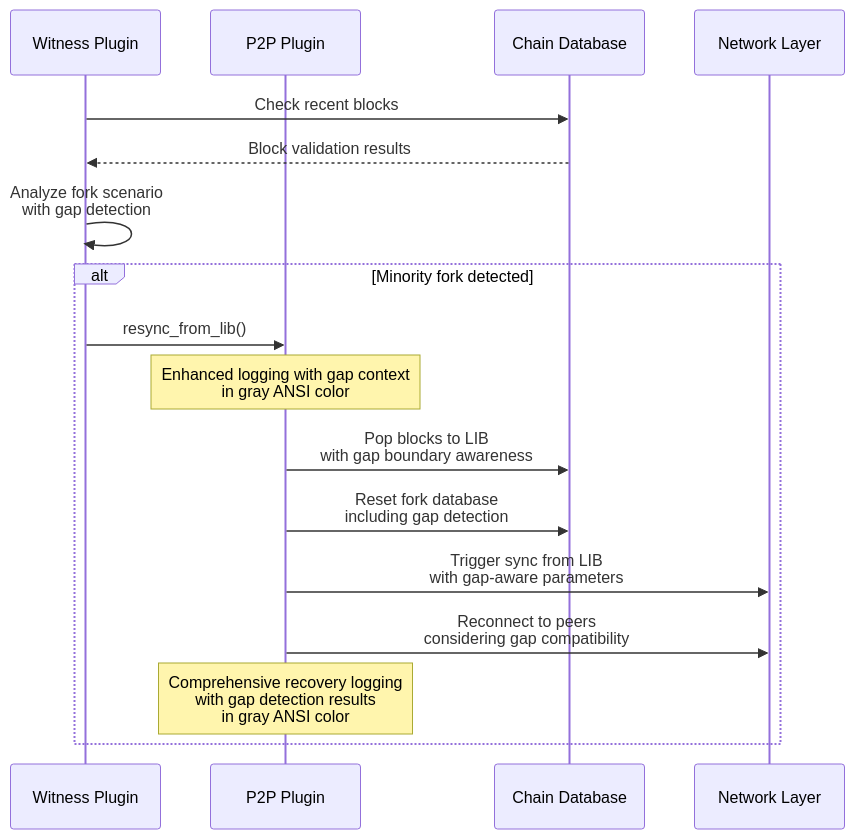
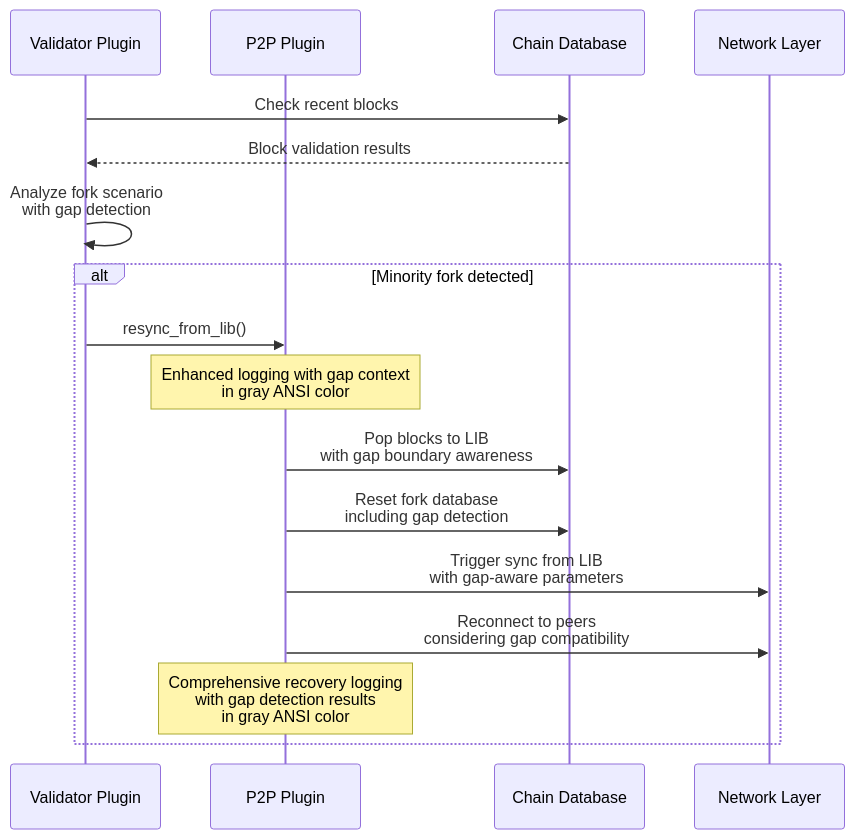
One commit to VIZ-Blockchain/viz-cpp-node changed diagram 46 of 50 in .qoder/repowiki/en/content/P2p Plugin.md. Above: the diagram before and after it, drawn with Mermaid. The commit also changed other lines of this file and 88 other files, not shown here.

First line of the commit message:
docs(validator): rename witness to validator throughout documentation

````diff
--- a/.qoder/repowiki/en/content/P2p Plugin.md
+++ b/.qoder/repowiki/en/content/P2p Plugin.md
@@ -1609,19 +1609,19 @@
 ```mermaid
 sequenceDiagram
-participant Witness as Witness Plugin
+participant validator as Validator Plugin
 participant P2P as P2P Plugin
 participant Chain as Chain Database
 participant Network as Network Layer
-Witness->>Chain : Check recent blocks
-Chain-->>Witness : Block validation results
-Witness->>Witness : Analyze fork scenario<br/>with gap detection
+validator->>Chain : Check recent blocks
+Chain-->>validator : Block validation results
+validator->>validator : Analyze fork scenario<br/>with gap detection
 alt Minority fork detected
-Witness->>P2P : resync_from_lib()
+validator->>P2P : resync_from_lib()
 Note over P2P : Enhanced logging with gap context<br/>in gray ANSI color
 P2P->>Chain : Pop blocks to LIB<br/>with gap boundary awareness
 P2P->>Chain : Reset fork database<br/>including gap detection
 P2P->>Network : Trigger sync from LIB<br/>with gap-aware parameters
 P2P->>Network : Reconnect to peers<br/>considering gap compatibility
 Note over P2P : Comprehensive recovery logging<br/>with gap detection results<br/>in gray ANSI color
 end
 ```
````
